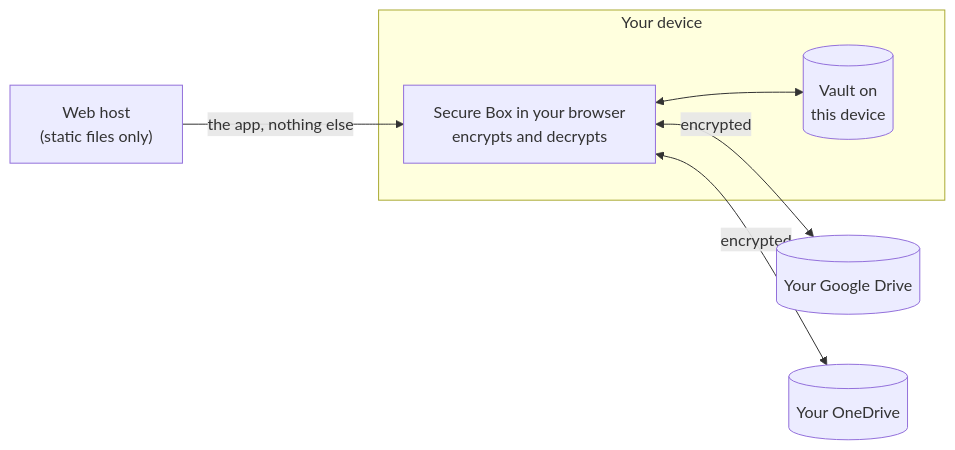
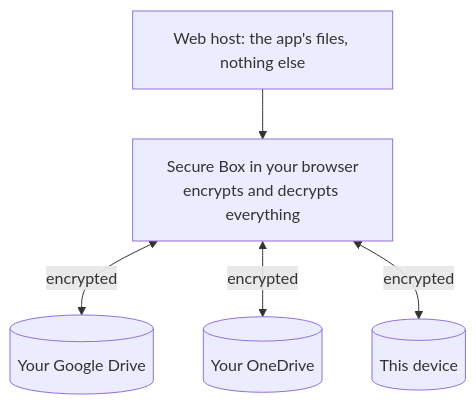
Before and after one commit to CybermindDBS/secure-box: the diagram in README.md, drawn with Mermaid. The commit also changed other lines of this file, not shown here.

Commit message:
README: a diagram that fits GitHub's column, and a smaller phone shot

````diff
--- a/README.md
+++ b/README.md
@@ -88,11 +88,7 @@
 ```mermaid
-flowchart LR
-    host["Web host<br/>(static files only)"] -->|the app, nothing else| app
-    subgraph device ["Your device"]
-        app["Secure Box in your browser<br/>encrypts and decrypts"]
-        local[("Vault on<br/>this device")]
-        app <--> local
-    end
+flowchart TB
+    host["Web host: the app's files, nothing else"] --> app["Secure Box in your browser<br/>encrypts and decrypts everything"]
     app <-->|encrypted| drive[("Your Google Drive")]
     app <-->|encrypted| onedrive[("Your OneDrive")]
+    app <-->|encrypted| local[("This device")]
 ```
````
